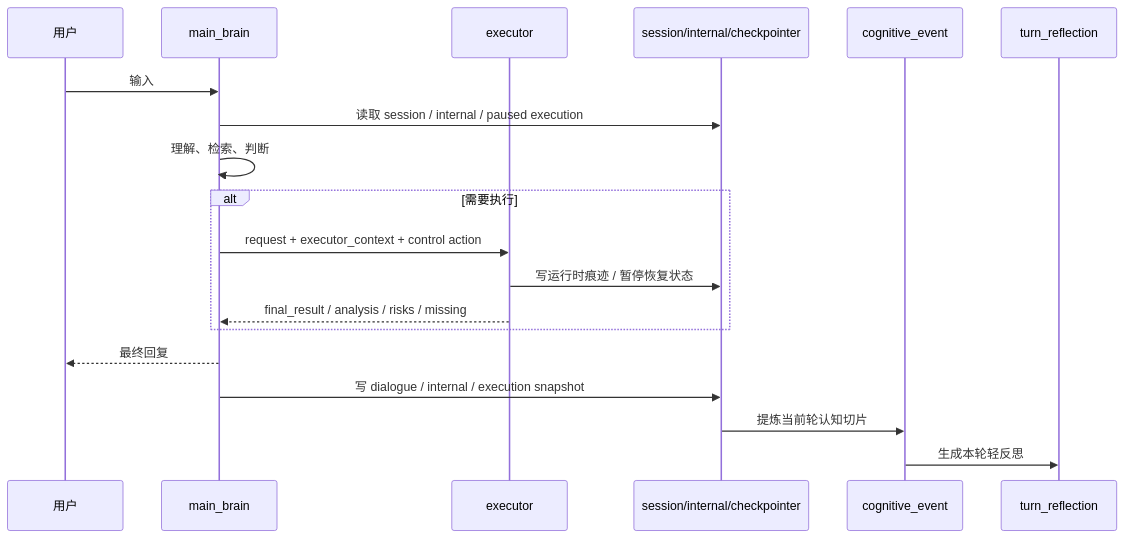
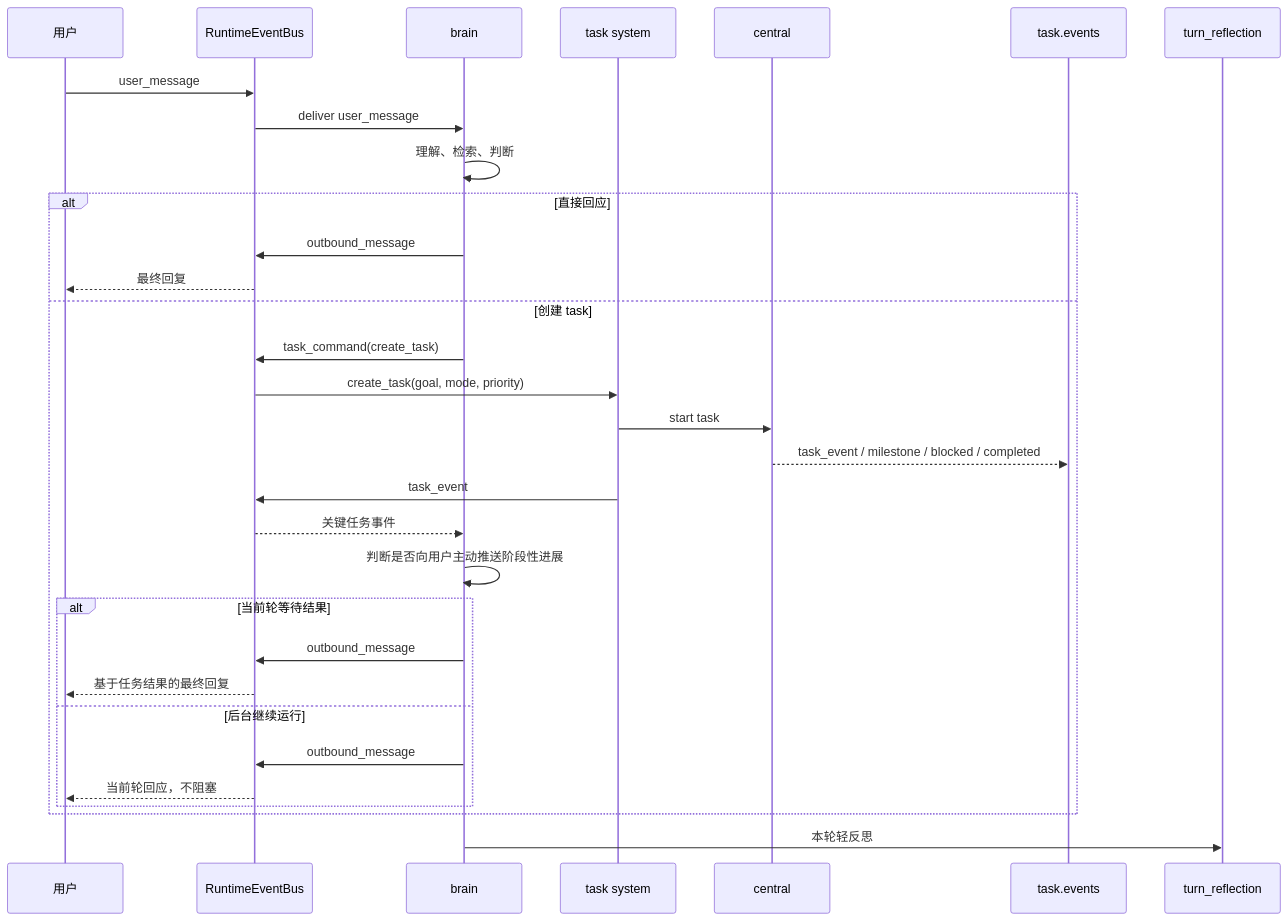
One commit to go-hare/emoticorebot changed the second of 2 diagrams in docs/ARCHITECTURE.zh-CN.md. Above: the diagram before and after it, drawn with Mermaid. The commit also changed other lines of this file and 67 other files, not shown here.

````diff
--- a/docs/ARCHITECTURE.zh-CN.md
+++ b/docs/ARCHITECTURE.zh-CN.md
@@ -401,22 +823,34 @@
 ```mermaid
 sequenceDiagram
     participant U as 用户
-    participant MB as main_brain
-    participant EX as executor
-    participant RT as session/internal/checkpointer
-    participant CE as cognitive_event
+    participant RB as RuntimeEventBus
+    participant MB as brain
+    participant TS as task system
+    participant GP as central
+    participant EV as task.events
     participant TR as turn_reflection
 
-    U->>MB: 输入
-    MB->>RT: 读取 session / internal / paused execution
+    U->>RB: user_message
+    RB->>MB: deliver user_message
     MB->>MB: 理解、检索、判断
-    alt 需要执行
-        MB->>EX: request + executor_context + control action
-        EX->>RT: 写运行时痕迹 / 暂停恢复状态
-        EX-->>MB: final_result / analysis / risks / missing
+    alt 直接回应
+        MB->>RB: outbound_message
+        RB-->>U: 最终回复
+    else 创建 task
+        MB->>RB: task_command(create_task)
+        RB->>TS: create_task(goal, mode, priority)
+        TS->>GP: start task
+        GP-->>EV: task_event / milestone / blocked / completed
+        TS->>RB: task_event
+        RB-->>MB: 关键任务事件
+        MB->>MB: 判断是否向用户主动推送阶段性进展
+        alt 当前轮等待结果
+            MB->>RB: outbound_message
+            RB-->>U: 基于任务结果的最终回复
+        else 后台继续运行
+            MB->>RB: outbound_message
+            RB-->>U: 当前轮回应，不阻塞
+        end
     end
-    MB-->>U: 最终回复
-    MB->>RT: 写 dialogue / internal / execution snapshot
-    RT->>CE: 提炼当前轮认知切片
-    CE->>TR: 生成本轮轻反思
+    MB->>TR: 本轮轻反思
 ```
````
